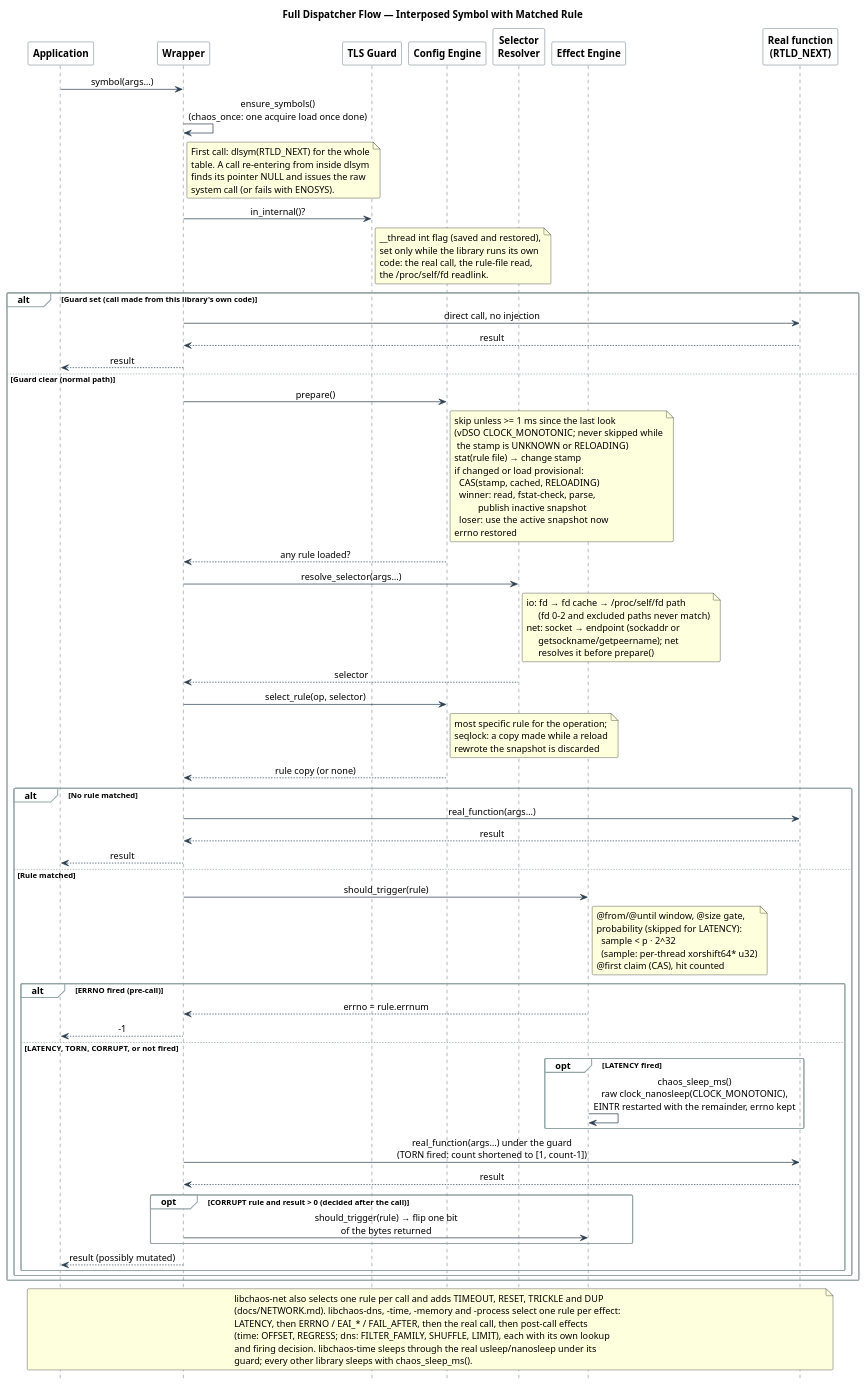
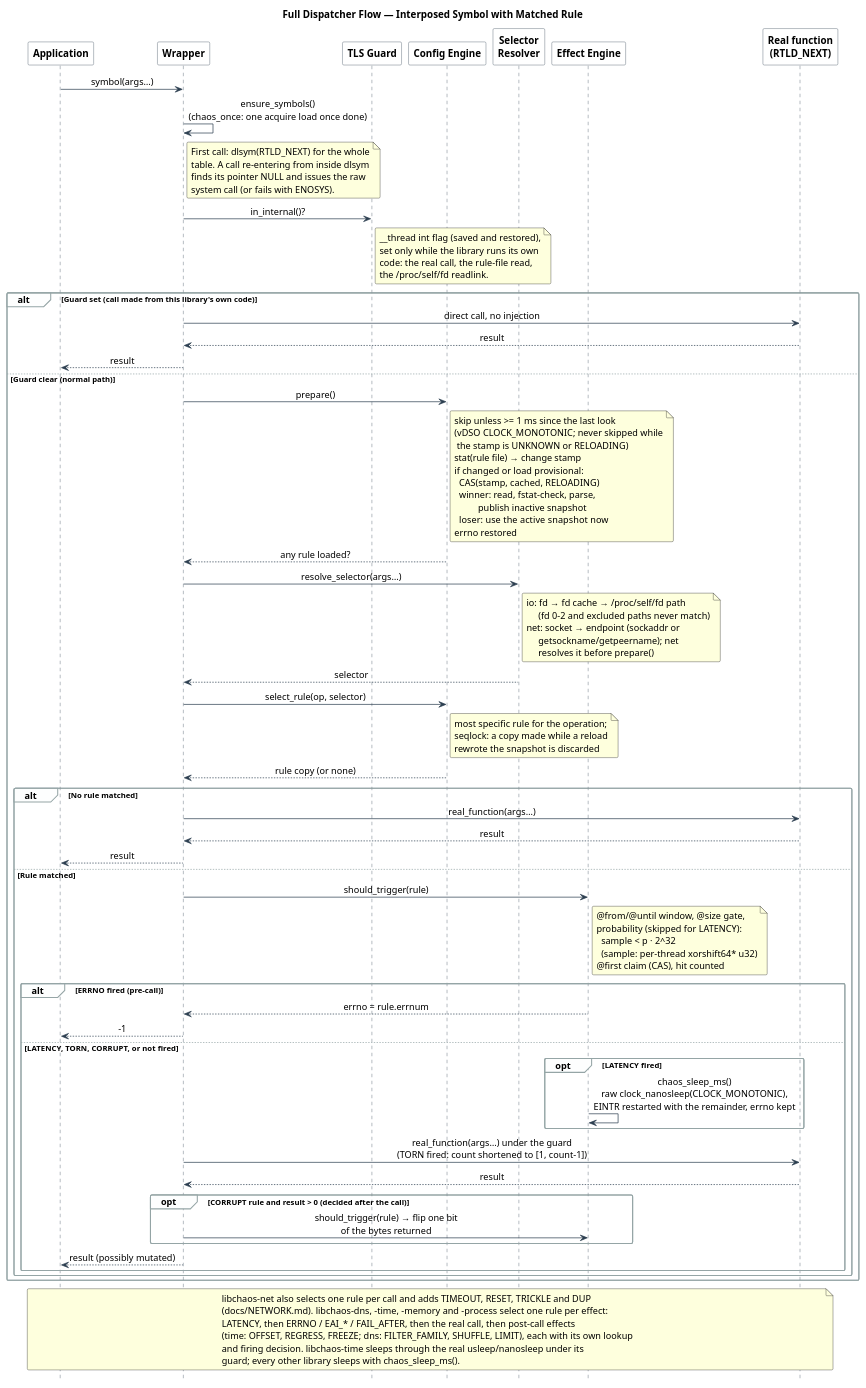
Before and after one commit to macstab/macstab-chaos-testing-libraries: the diagram in docs/diagrams/dispatch.puml, drawn with PlantUML. The commit also changed 23 other files, not shown here.

```diff
--- a/docs/diagrams/dispatch.puml
+++ b/docs/diagrams/dispatch.puml
@@ -1,137 +1,137 @@
 @startuml dispatch
 '
 ' Engineered by  Christian Schnapka
 '                Embedded Principal+ Engineer
 '                Macstab GmbH · Hamburg, Germany
 '                https://macstab.com
 '
 ' Dispatch of one interposed call with a matching rule, as libchaos-io
 ' and libchaos-net do it (one rule per call). Shows the lazy symbol
 ' table, the re-entrancy guard, the throttled rule-file check, rule
 ' selection, the firing decision, the raw-syscall sleep, the real call
 ' and the post-call mutation.
 '
 ' Reference: docs/ARCHITECTURE.md "Request flow", docs/DSL.md §8
 '            src/wrappers/chaos_io_rw.c, src/effects/chaos_io_actions.c
 '
 title Full Dispatcher Flow — Interposed Symbol with Matched Rule
 
 skinparam sequenceMessageAlign center
 skinparam shadowing false
 skinparam roundCorner 4
 skinparam sequence {
   ArrowColor                 #2C3E50
   LifeLineBorderColor        #2C3E50
   LifeLineBackgroundColor    #ECF0F1
   ParticipantBorderColor     #2C3E50
   ParticipantBackgroundColor #FFFFFF
   ParticipantFontStyle       bold
   GroupBackgroundColor       #FDFEFE
   GroupBorderColor           #95A5A6
 }
 hide footbox
 
 participant "Application"           as App
 participant "Wrapper"               as Wrap
 participant "TLS Guard"             as Guard
 participant "Config Engine"         as Config
 participant "Selector\nResolver"    as Sel
 participant "Effect Engine"         as FX
 participant "Real function\n(RTLD_NEXT)" as Real
 
 App -> Wrap : symbol(args…)
 Wrap -> Wrap : ensure_symbols()\n(chaos_once: one acquire load once done)
 note right of Wrap
   First call: dlsym(RTLD_NEXT) for the whole
   table. A call re-entering from inside dlsym
   finds its pointer NULL and issues the raw
   system call (or fails with ENOSYS).
 end note
 Wrap -> Guard : in_internal()?
 note right of Guard
   __thread int flag (saved and restored),
   set only while the library runs its own
   code: the real call, the rule-file read,
   the /proc/self/fd readlink.
 end note
 
 alt Guard set (call made from this library's own code)
   Wrap -> Real : direct call, no injection
   Real --> Wrap : result
   Wrap --> App : result
 else Guard clear (normal path)
 
   Wrap -> Config : prepare()
   note right of Config
     skip unless >= 1 ms since the last look
     (vDSO CLOCK_MONOTONIC; never skipped while
      the stamp is UNKNOWN or RELOADING)
     stat(rule file) → change stamp
     if changed or load provisional:
       CAS(stamp, cached, RELOADING)
       winner: read, fstat-check, parse,
               publish inactive snapshot
       loser:  use the active snapshot now
     errno restored
   end note
   Config --> Wrap : any rule loaded?
 
   Wrap -> Sel : resolve_selector(args…)
   note right of Sel
     io:  fd → fd cache → /proc/self/fd path
          (fd 0-2 and excluded paths never match)
     net: socket → endpoint (sockaddr or
          getsockname/getpeername); net
          resolves it before prepare()
   end note
   Sel --> Wrap : selector
 
   Wrap -> Config : select_rule(op, selector)
   note right of Config
     most specific rule for the operation;
     seqlock: a copy made while a reload
     rewrote the snapshot is discarded
   end note
   Config --> Wrap : rule copy (or none)
 
   alt No rule matched
     Wrap -> Real : real_function(args…)
     Real --> Wrap : result
     Wrap --> App : result
   else Rule matched
     Wrap -> FX : should_trigger(rule)
     note right of FX
       @from/@until window, @size gate,
       probability (skipped for LATENCY):
         sample < p · 2^32
         (sample: per-thread xorshift64* u32)
       @first claim (CAS), hit counted
     end note
 
     alt ERRNO fired (pre-call)
       FX --> Wrap : errno = rule.errnum
       Wrap --> App : -1
     else LATENCY, TORN, CORRUPT, or not fired
       opt LATENCY fired
         FX -> FX : chaos_sleep_ms()\nraw clock_nanosleep(CLOCK_MONOTONIC),\nEINTR restarted with the remainder, errno kept
       end
       Wrap -> Real : real_function(args…) under the guard\n(TORN fired: count shortened to [1, count-1])
       Real --> Wrap : result
       opt CORRUPT rule and result > 0 (decided after the call)
         Wrap -> FX : should_trigger(rule) → flip one bit\nof the bytes returned
       end
       Wrap --> App : result (possibly mutated)
     end
   end
 end
 
 note across
   libchaos-net also selects one rule per call and adds TIMEOUT, RESET, TRICKLE and DUP
   (docs/NETWORK.md). libchaos-dns, -time, -memory and -process select one rule per effect:
   LATENCY, then ERRNO / EAI_* / FAIL_AFTER, then the real call, then post-call effects
-  (time: OFFSET, REGRESS; dns: FILTER_FAMILY, SHUFFLE, LIMIT), each with its own lookup
+  (time: OFFSET, REGRESS, FREEZE; dns: FILTER_FAMILY, SHUFFLE, LIMIT), each with its own lookup
   and firing decision. libchaos-time sleeps through the real usleep/nanosleep under its
   guard; every other library sleeps with chaos_sleep_ms().
 end note
 
 @enduml
```
